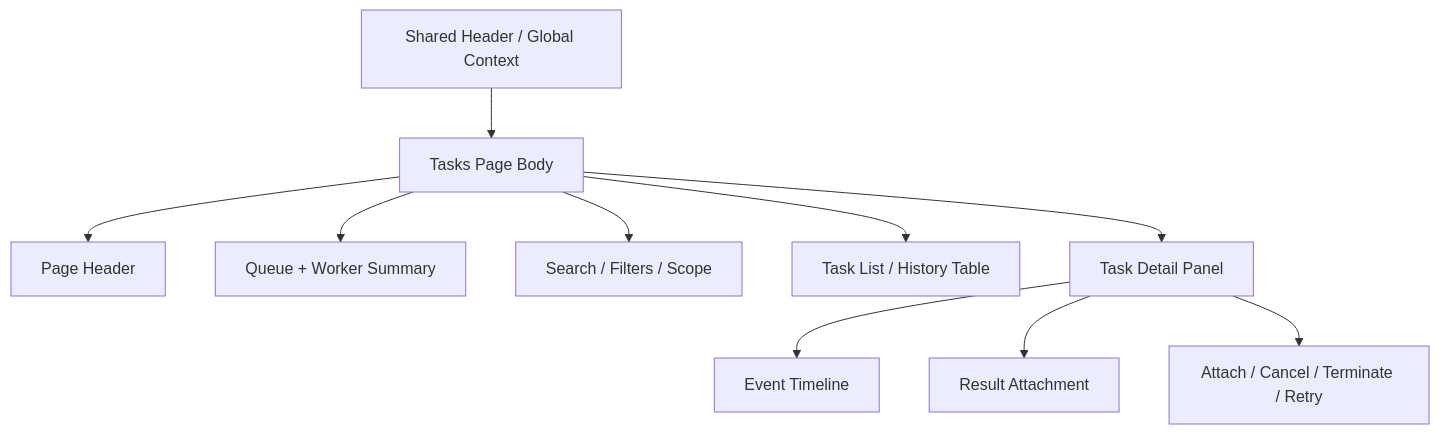
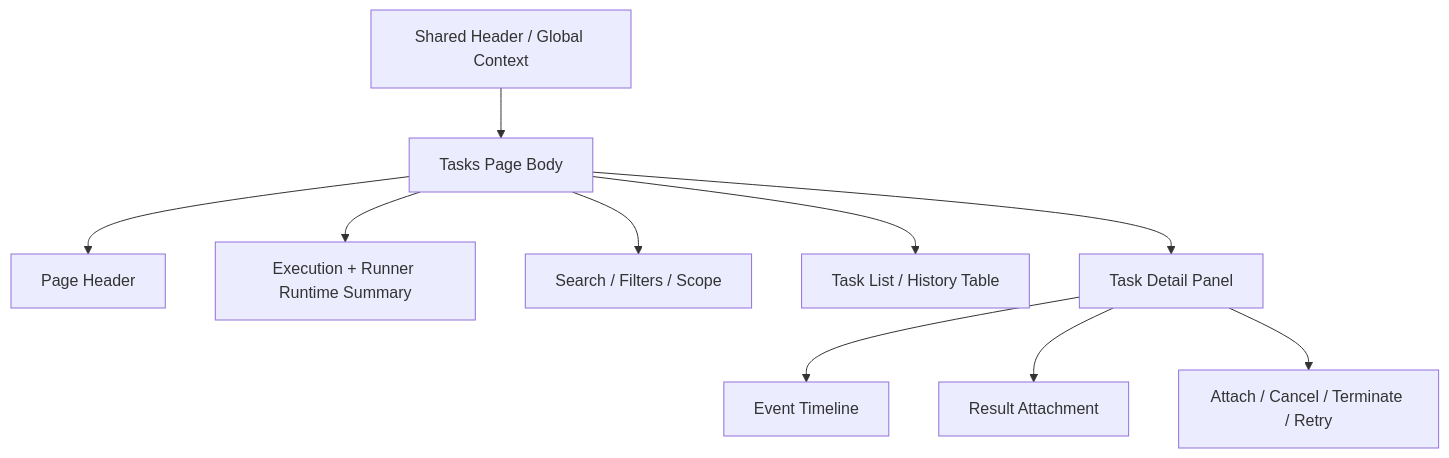
The diagram in docs/reference/app/frontend/workspace/tasks.md (arfiligol/superconducting-circuits-research-workbench), drawn with Mermaid before and after one commit. The commit also changed other lines of this file and 36 other files, not shown here.

````diff
--- a/docs/reference/app/frontend/workspace/tasks.md
+++ b/docs/reference/app/frontend/workspace/tasks.md
@@ -68,12 +71,12 @@
 ```mermaid
 flowchart TD
     Header["Shared Header / Global Context"] --> Main["Tasks Page Body"]
     Main --> H1["Page Header"]
-    Main --> Summary["Queue + Worker Summary"]
+    Main --> Summary["Execution + Runner Runtime Summary"]
     Main --> Filters["Search / Filters / Scope"]
     Main --> List["Task List / History Table"]
     Main --> Detail["Task Detail Panel"]
     Detail --> Events["Event Timeline"]
     Detail --> Result["Result Attachment"]
     Detail --> Actions["Attach / Cancel / Terminate / Retry"]
 ```
````
